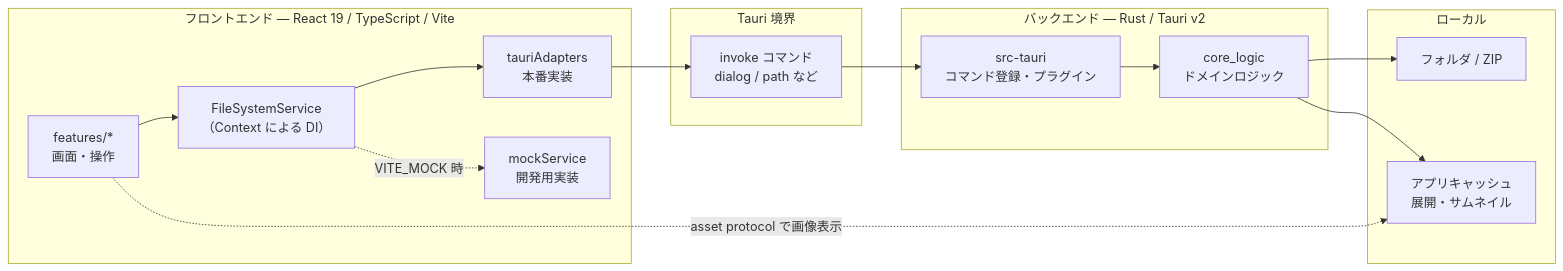
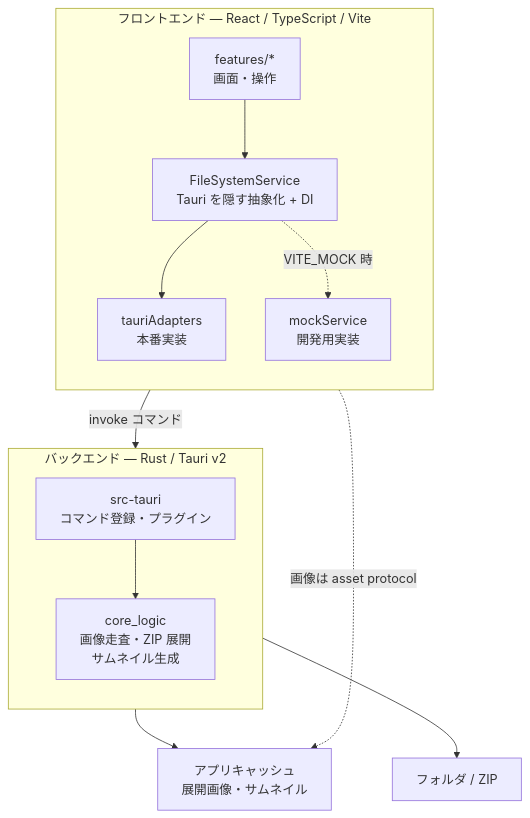
The diagram in README.md (hk-pG/sun-riseup-viewrrr), drawn with Mermaid before and after one commit.

Commit message:
docs: switch README architecture diagram to top-down layout
The left-to-right diagram rendered ~1950px wide, so GitHub scaled it
down to about 40% and the labels became unreadable. Top-down keeps it
under 600px, which renders at full size.

````diff
--- a/README.md
+++ b/README.md
@@ -22,29 +22,28 @@
 ```mermaid
-flowchart LR
-  subgraph FE["フロントエンド — React 19 / TypeScript / Vite"]
+flowchart TB
+  subgraph FE["フロントエンド — React / TypeScript / Vite"]
+    direction TB
     UI["features/*<br/>画面・操作"]
-    Svc["FileSystemService<br/>（Context による DI）"]
+    Svc["FileSystemService<br/>Tauri を隠す抽象化 + DI"]
     Adapter["tauriAdapters<br/>本番実装"]
     Mock["mockService<br/>開発用実装"]
-  end
-
-  subgraph IPC["Tauri 境界"]
-    Invoke["invoke コマンド<br/>dialog / path など"]
+    UI --> Svc
+    Svc --> Adapter
+    Svc -. VITE_MOCK 時 .-> Mock
   end
 
   subgraph BE["バックエンド — Rust / Tauri v2"]
+    direction TB
     Shell["src-tauri<br/>コマンド登録・プラグイン"]
-    Core["core_logic<br/>ドメインロジック"]
+    Core["core_logic<br/>画像走査・ZIP 展開<br/>サムネイル生成"]
+    Shell --> Core
   end
 
-  subgraph OS["ローカル"]
-    Disk["フォルダ / ZIP"]
-    Cache["アプリキャッシュ<br/>展開・サムネイル"]
-  end
+  Disk["フォルダ / ZIP"]
+  Cache["アプリキャッシュ<br/>展開画像・サムネイル"]
 
-  UI --> Svc --> Adapter --> Invoke --> Shell --> Core
-  Svc -. VITE_MOCK 時 .-> Mock
+  Adapter -- "invoke コマンド" --> Shell
   Core --> Disk
   Core --> Cache
-  UI -. asset protocol で画像表示 .-> Cache
+  UI -. "画像は asset protocol" .-> Cache
 ```
````
